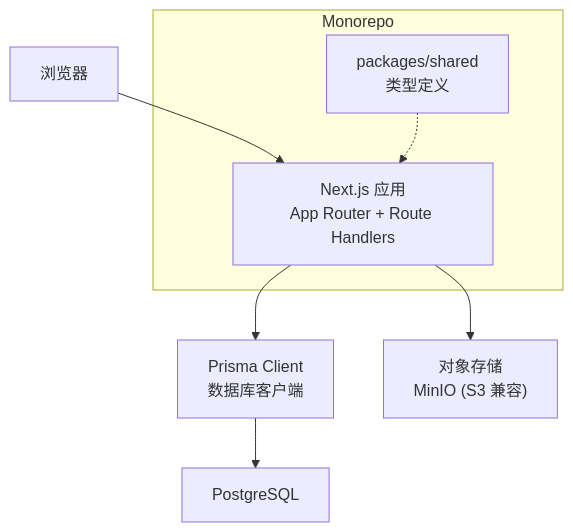
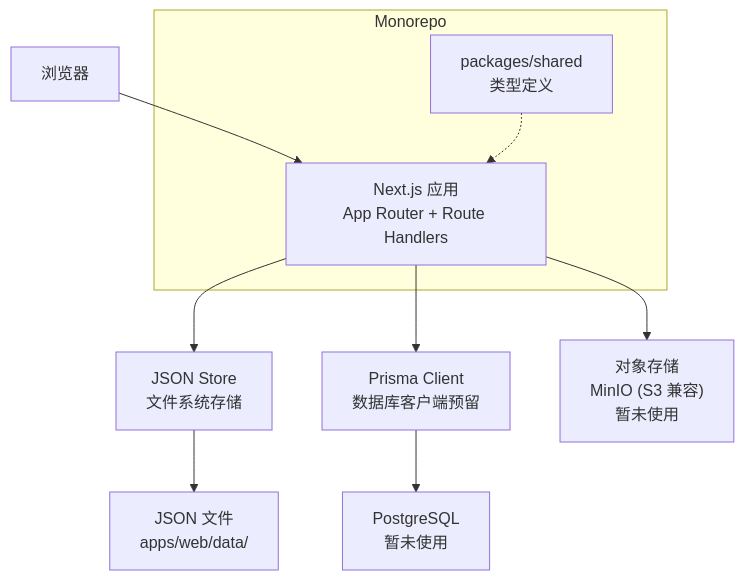
One commit to ai-guru-global/agent-up changed the second of 6 diagrams in .qoder/repowiki/zh/content/项目概述.md. Above: the diagram before and after it, drawn with Mermaid. The commit also changed other lines of this file and 20 other files, not shown here.

````diff
--- a/.qoder/repowiki/zh/content/项目概述.md
+++ b/.qoder/repowiki/zh/content/项目概述.md
@@ -110,12 +155,14 @@
 ```mermaid
 graph TB
 U["浏览器"] --> N["Next.js 应用<br/>App Router + Route Handlers"]
-N --> P["Prisma Client<br/>数据库客户端"]
-P --> DB["PostgreSQL"]
-N --> OBJ["对象存储<br/>MinIO (S3 兼容)"]
+N --> S["JSON Store<br/>文件系统存储"]
+S --> F["JSON 文件<br/>apps/web/data/"]
+N --> P["Prisma Client<br/>数据库客户端预留"]
+P --> DB["PostgreSQL<br/>暂未使用"]
+N --> OBJ["对象存储<br/>MinIO (S3 兼容)<br/>暂未使用"]
 subgraph "Monorepo"
 N
 SH["packages/shared<br/>类型定义"]
 end
 SH -.-> N
 ```
````
